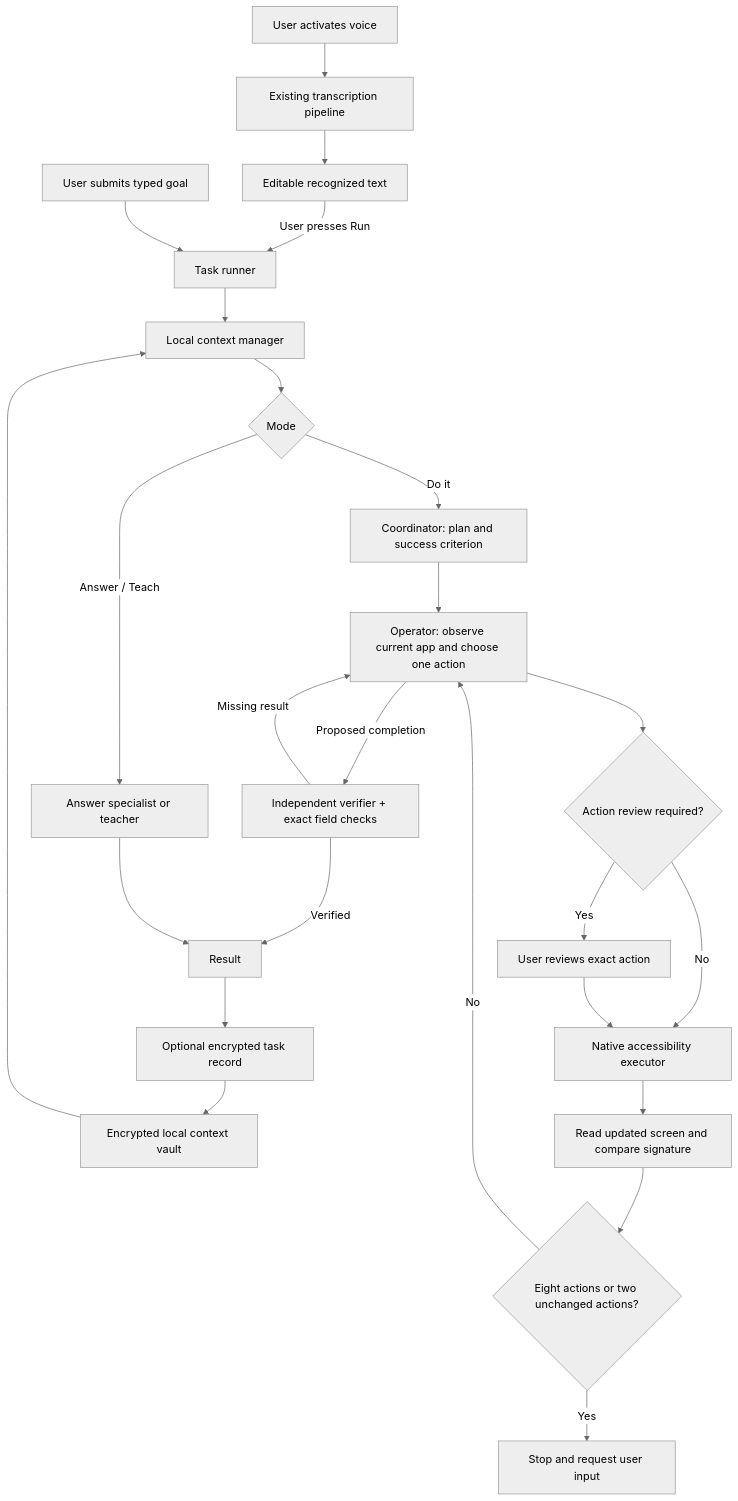
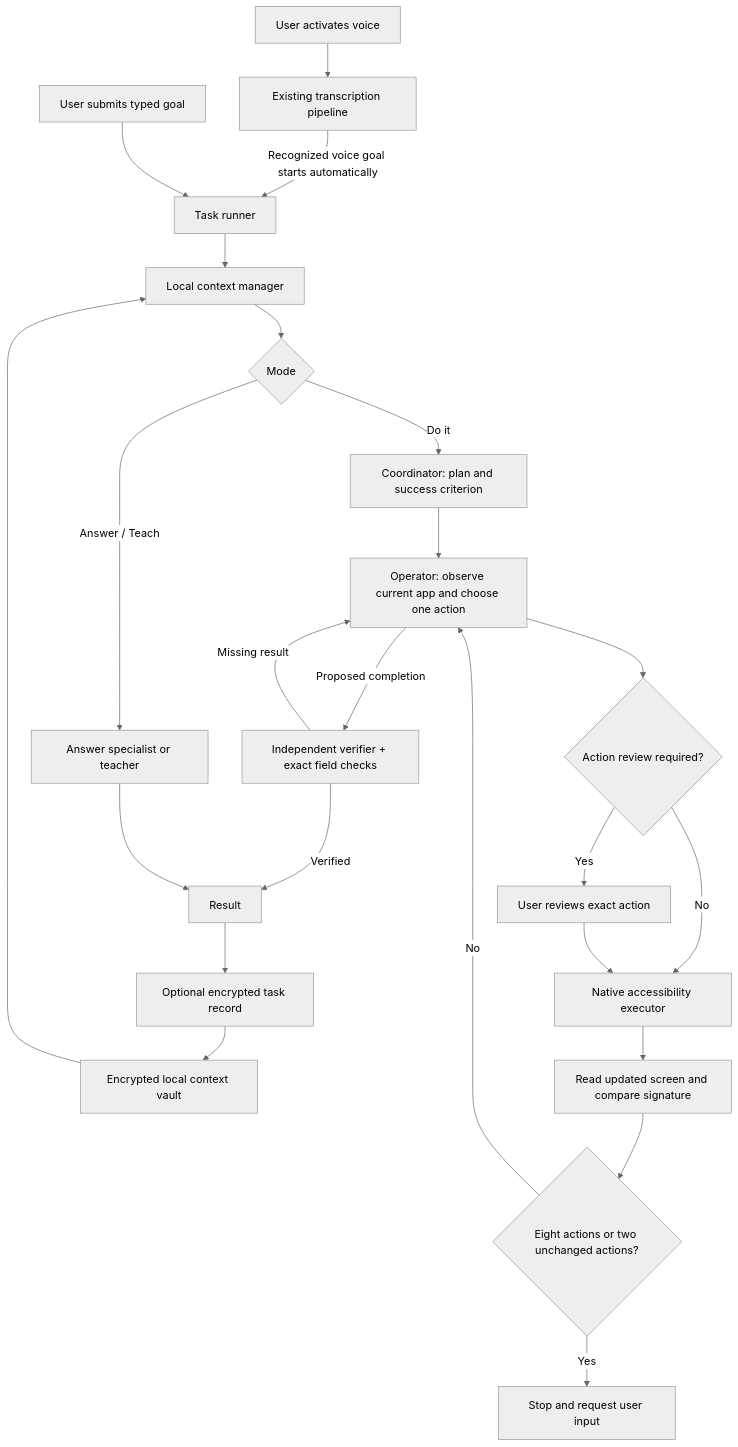
The diagram in ARCHITECTURE.md (ahmedmalik07/dexterity), drawn with Mermaid (neutral theme) before and after one commit. The commit also changed other lines of this file and 6 other files, not shown here.

Commit message:
Start voice tasks automatically beside the cursor

````diff
--- a/ARCHITECTURE.md
+++ b/ARCHITECTURE.md
@@ -11,27 +11,26 @@
 ```mermaid
 flowchart TD
   U[User activates voice] --> S[Existing transcription pipeline]
-  S --> E[Editable recognized text]
-  E -->|User presses Run| R[Task runner]
+  S -->|Recognized voice goal starts automatically| R[Task runner]
   Y[User submits typed goal] --> R
   V[Encrypted local context vault] --> M[Local context manager]
   R --> M
   M --> Q{Mode}
   Q -->|Answer / Teach| T[Answer specialist or teacher]
   Q -->|Do it| C[Coordinator: plan and success criterion]
   C --> O[Operator: observe current app and choose one action]
   O --> G{Action review required?}
   G -->|Yes| A[User reviews exact action]
   G -->|No| N[Native accessibility executor]
   A --> N
   N --> P[Read updated screen and compare signature]
   P --> L{Eight actions or two unchanged actions?}
   L -->|Yes| X[Stop and request user input]
   L -->|No| O
   O -->|Proposed completion| K[Independent verifier + exact field checks]
   K -->|Missing result| O
   K -->|Verified| D[Result]
   T --> D
   D --> H[Optional encrypted task record]
   H --> V
 ```
````
